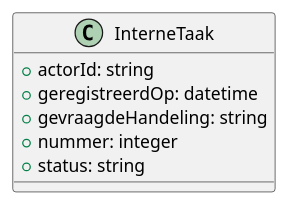
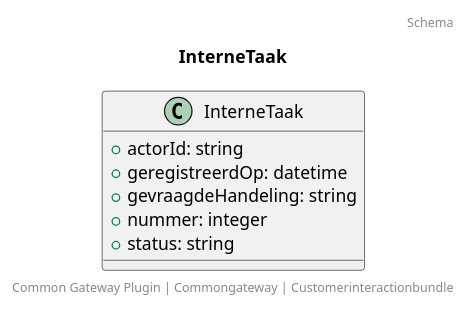
Before and after one commit to CommonGateway/CustomerInteractionBundle: the diagram in docs/schema/klant.interneTaak.puml, drawn with PlantUML. The commit also changed 41 other files, not shown here.

```diff
--- a/docs/schema/klant.interneTaak.puml
+++ b/docs/schema/klant.interneTaak.puml
@@ -1,9 +1,13 @@
 @startuml
+title: InterneTaak
+footer: Common Gateway Plugin | Commongateway | Customerinteractionbundle 
+header: Schema
+
 class InterneTaak {
   + actorId: string
   + geregistreerdOp: datetime
   + gevraagdeHandeling: string
   + nummer: integer
   + status: string
 }
 @enduml
```
